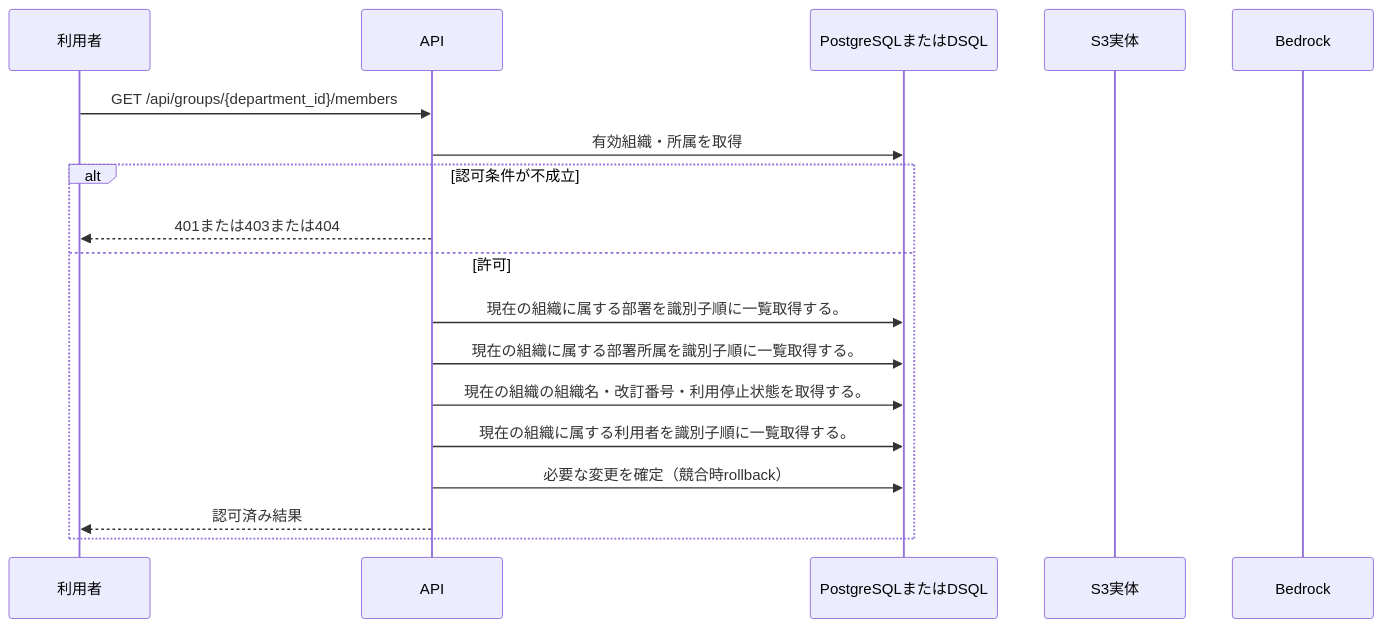
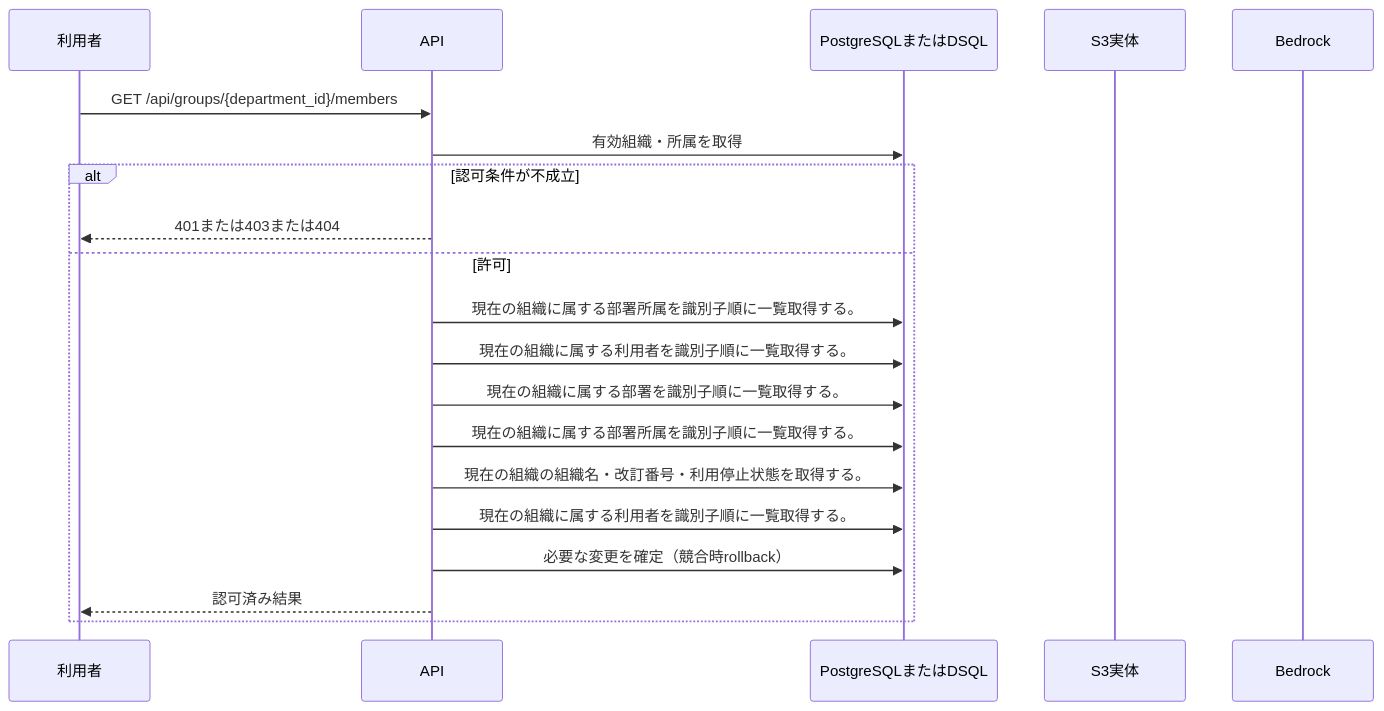
One commit to tsuji-tomonori/KotoRelay changed the diagram in docs/design/generated/api/groups/list_members/sequence.md. Above: the diagram before and after it, drawn with Mermaid. The commit also changed other lines of this file and 628 other files, not shown here.

````diff
--- a/docs/design/generated/api/groups/list_members/sequence.md
+++ b/docs/design/generated/api/groups/list_members/sequence.md
@@ -7,20 +7,22 @@
 ```mermaid
 sequenceDiagram
     participant U as 利用者
     participant A as API
     participant D as PostgreSQLまたはDSQL
     participant S as S3実体
     participant M as Bedrock
     U->>A: GET /api/groups/{department_id}/members
     A->>D: 有効組織・所属を取得
     alt 認可条件が不成立
         A-->>U: 401または403または404
     else 許可
+        A->>D: 現在の組織に属する部署所属を識別子順に一覧取得する。
+        A->>D: 現在の組織に属する利用者を識別子順に一覧取得する。
         A->>D: 現在の組織に属する部署を識別子順に一覧取得する。
         A->>D: 現在の組織に属する部署所属を識別子順に一覧取得する。
         A->>D: 現在の組織の組織名・改訂番号・利用停止状態を取得する。
         A->>D: 現在の組織に属する利用者を識別子順に一覧取得する。
         A->>D: 必要な変更を確定（競合時rollback）
         A-->>U: 認可済み結果
     end
 ```
````
